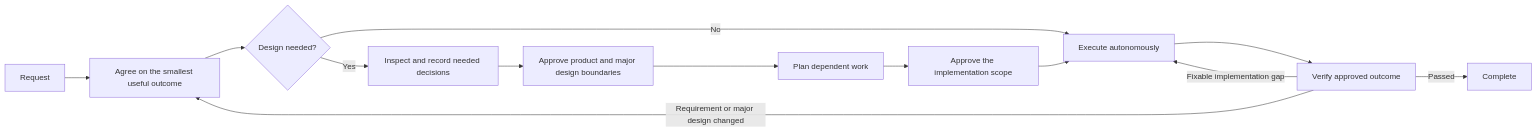
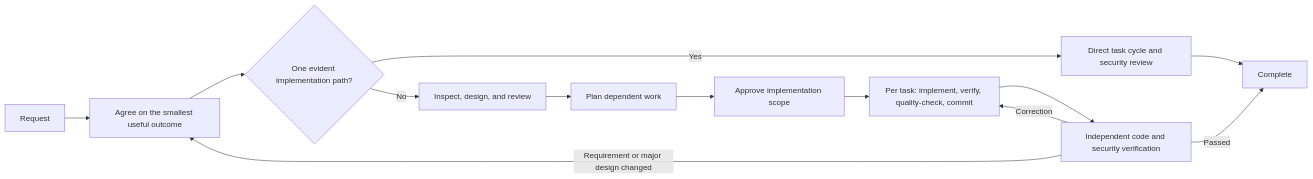
One commit to shinpr/codex-workflows changed the diagram in README.md. Above: the diagram before and after it, drawn with Mermaid. The commit also changed other lines of this file, not shown here.

Commit message:
docs: clarify outcome-driven workflow value

````diff
--- a/README.md
+++ b/README.md
@@ -79,15 +79,15 @@
 ```mermaid
 flowchart LR
     A[Request] --> B[Agree on the smallest useful outcome]
-    B --> C{Design needed?}
-    C -->|No| H[Execute autonomously]
-    C -->|Yes| D[Inspect and record needed decisions]
-    D --> E[Approve product and major design boundaries]
-    E --> F[Plan dependent work]
-    F --> G[Approve the implementation scope]
-    G --> H
-    H --> I[Verify approved outcome]
-    I -->|Fixable implementation gap| H
-    I -->|Requirement or major design changed| B
-    I -->|Passed| J[Complete]
+    B --> C{One evident implementation path?}
+    C -->|Yes| S[Direct task cycle and security review]
+    S --> L[Complete]
+    C -->|No| D[Inspect, design, and review]
+    D --> E[Plan dependent work]
+    E --> F[Approve implementation scope]
+    F --> H[Per task: implement, verify, quality-check, commit]
+    H --> K[Independent code and security verification]
+    K -->|Correction| H
+    K -->|Requirement or major design changed| B
+    K -->|Passed| L[Complete]
 ```
````
